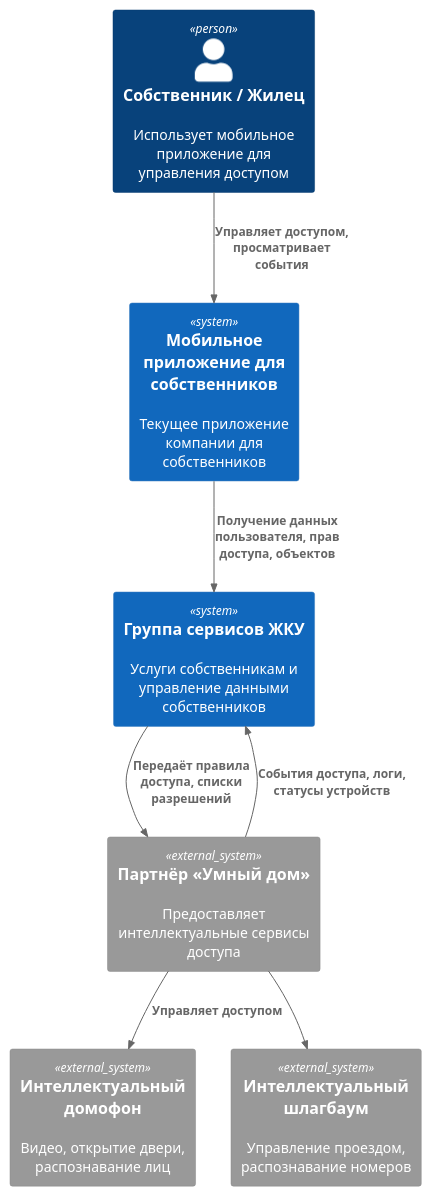
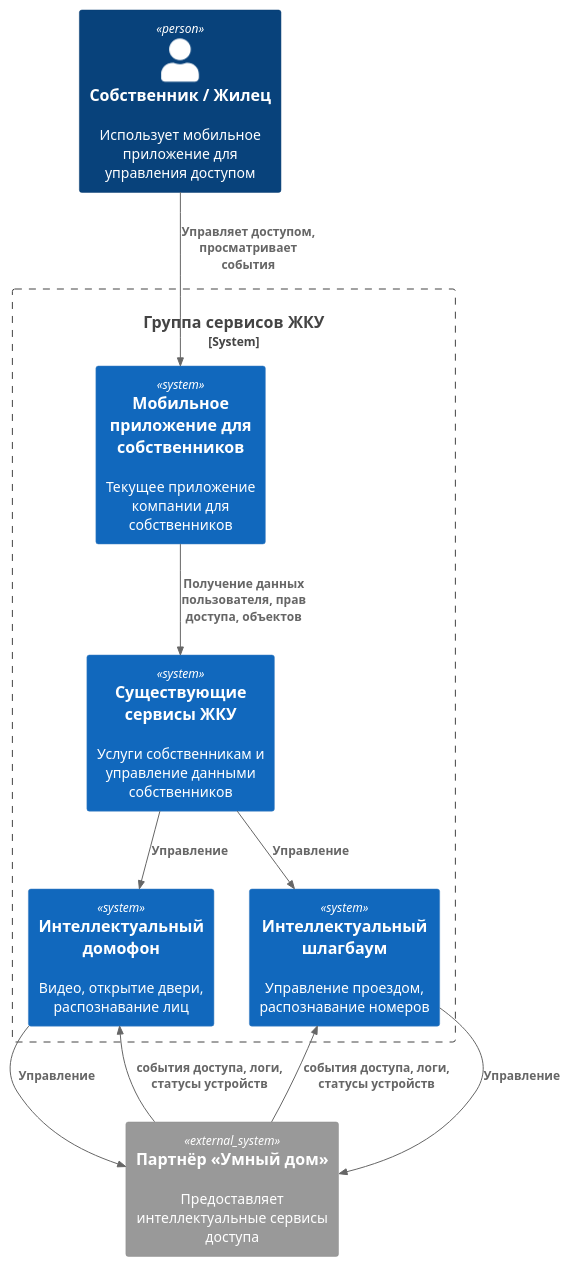
Before and after one commit to ayakhont/architecture-propdevelopment: the diagram in Task3/C4_context.puml, drawn with PlantUML. The commit also changed 1 other file, not shown here.

```diff
--- a/Task3/C4_context.puml
+++ b/Task3/C4_context.puml
@@ -1,19 +1,23 @@
 @startuml
 !include <C4/C4_Context>
 
 Person(resident, "Собственник / Жилец", "Использует мобильное приложение для управления доступом")
-System(mobileApp, "Мобильное приложение для собственников", "Текущее приложение компании для собственников")
-System(coreSystem, "Группа сервисов ЖКУ", "Услуги собственникам и управление данными собственников")
 
+System_Boundary(platform, "Группа сервисов ЖКУ") {
+    System(mobileApp, "Мобильное приложение для собственников", "Текущее приложение компании для собственников")
+    System(coreSystem, "Существующие сервисы ЖКУ", "Услуги собственникам и управление данными собственников")
+    System(intercom, "Интеллектуальный домофон","Видео, открытие двери, распознавание лиц")
+    System(barrier, "Интеллектуальный шлагбаум","Управление проездом, распознавание номеров")
+}
 System_Ext(partnerSmartHome, "Партнёр «Умный дом»", "Предоставляет интеллектуальные сервисы доступа")
-System_Ext(intercom, "Интеллектуальный домофон","Видео, открытие двери, распознавание лиц")
-System_Ext(barrier, "Интеллектуальный шлагбаум","Управление проездом, распознавание номеров")
 
 Rel(resident, mobileApp, "Управляет доступом, просматривает события")
 Rel(mobileApp, coreSystem, "Получение данных пользователя, прав доступа, объектов")
-Rel(coreSystem, partnerSmartHome, "Передаёт правила доступа, списки разрешений")
-Rel(partnerSmartHome, intercom, "Управляет доступом")
-Rel(partnerSmartHome, barrier, "")
-Rel(partnerSmartHome, coreSystem,"События доступа, логи, статусы устройств")
+Rel(coreSystem, intercom, "Управление")
+Rel(coreSystem, barrier, "Управление")
+Rel(intercom, partnerSmartHome,"Управление")
+Rel(partnerSmartHome, intercom, "события доступа, логи, статусы устройств")
+Rel(barrier, partnerSmartHome,"Управление")
+Rel(partnerSmartHome, barrier, "события доступа, логи, статусы устройств")
 
 @enduml
```
